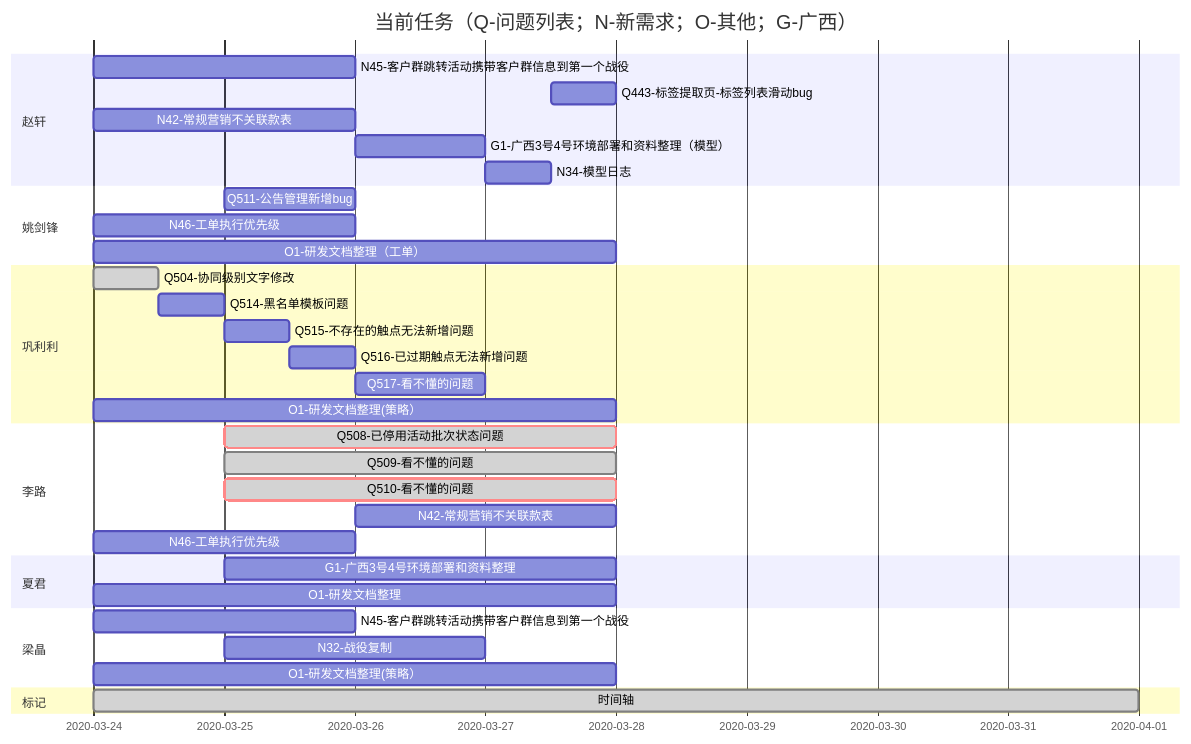
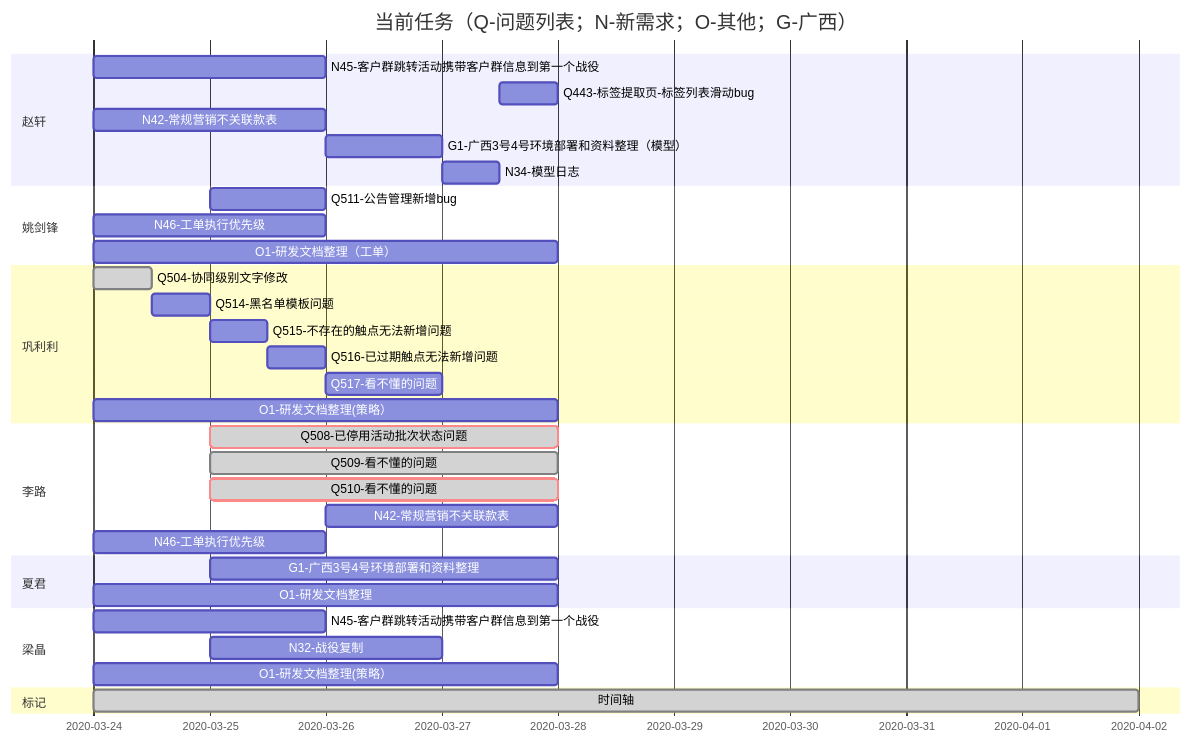
Before and after one commit to dudu-du/files: the diagram in 任务跟进.md, drawn with Mermaid.

Commit message:
test modified

````diff
--- a/任务跟进.md
+++ b/任务跟进.md
@@ -2,44 +2,44 @@
 ```mermaid
 gantt         
        dateFormat  MM-DD
        title 当前任务（Q-问题列表；N-新需求；O-其他；G-广西）
 
        section 赵轩
        N45-客户群跳转活动携带客户群信息到第一个战役 :zx6,03-24,2d
        Q443-标签提取页-标签列表滑动bug:zx2,after zx5,12h
        N42-常规营销不关联款表 :zx3,03-24,2d
        G1-广西3号4号环境部署和资料整理（模型） :zx4,after zx6,03-27
        N34-模型日志 :zx5,03-27,12h
        
        section 姚剑锋
        Q511-公告管理新增bug :yjf1,03-25,1d
        N46-工单执行优先级:yjf2,03-24,03-26
        O1-研发文档整理（工单） :yjf3,03-24,03-28
        
        section 巩利利
        Q504-协同级别文字修改 :done,gll1,03-24,12h
        Q514-黑名单模板问题 :gll2,after gll1,12h
        Q515-不存在的触点无法新增问题 :gll3,after gll2,12h
        Q516-已过期触点无法新增问题 :gll4,after gll3,12h
        Q517-看不懂的问题 :gll5,after gll4,1d
        O1-研发文档整理(策略） :gll6,03-24,03-28
 
        section 李路
        Q508-已停用活动批次状态问题 :done,crit,lll1,03-25,3d
        Q509-看不懂的问题 :done,lll2,03-25,3d
        Q510-看不懂的问题 :done,crit,lll3,03-25,3d
        N42-常规营销不关联款表 :lll4,after zx3,03-28
        N46-工单执行优先级:lll5,03-24,03-26
        
        section 夏君
        G1-广西3号4号环境部署和资料整理 :xj1,03-25,3d
        O1-研发文档整理 :xj2,03-24,03-28
        
        section 梁晶
        N45-客户群跳转活动携带客户群信息到第一个战役 :lj1,03-24,2d
        N32-战役复制 :lj2,03-25,2d
        O1-研发文档整理(策略） :lj3,03-24,03-28
       
        section 标记
-       时间轴:done,taskN,03-24,8d
+       时间轴:done,taskN,03-24,9d
 ```
````
